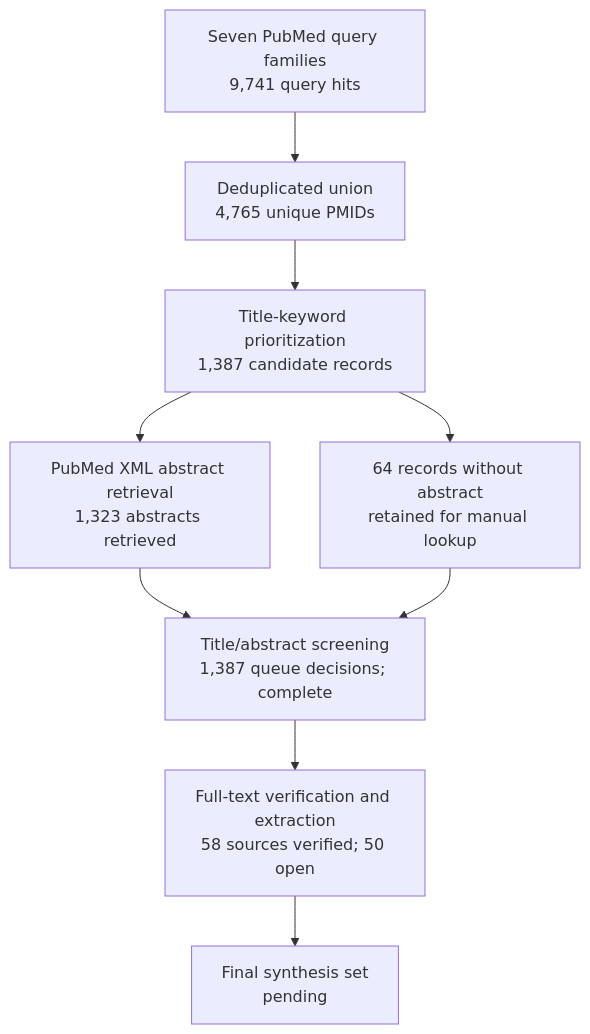
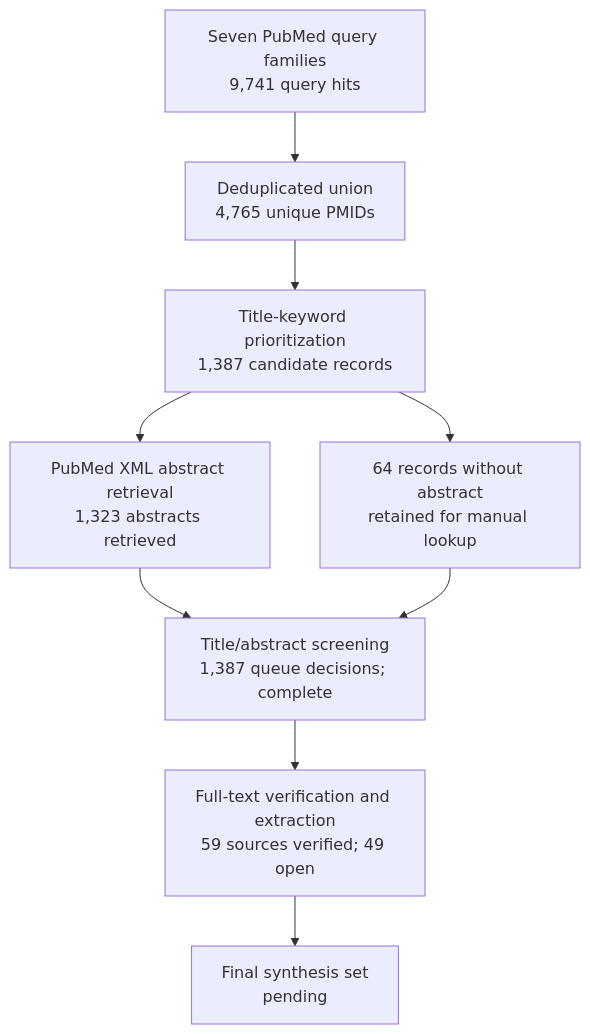
One commit to dcmcshan/artemisia changed the diagram in manuscript/review-flow.md. Above: the diagram before and after it, drawn with Mermaid. The commit also changed other lines of this file and 15 other files, not shown here.

````diff
--- a/manuscript/review-flow.md
+++ b/manuscript/review-flow.md
@@ -5,11 +5,11 @@
 ```mermaid
 flowchart TB
   Q[Seven PubMed query families<br/>9,741 query hits] --> U[Deduplicated union<br/>4,765 unique PMIDs]
   U --> T[Title-keyword prioritization<br/>1,387 candidate records]
   T --> A[PubMed XML abstract retrieval<br/>1,323 abstracts retrieved]
   T --> N[64 records without abstract<br/>retained for manual lookup]
   A --> M[Title/abstract screening<br/>1,387 queue decisions; complete]
   N --> M
-  M --> F[Full-text verification and extraction<br/>58 sources verified; 50 open]
+  M --> F[Full-text verification and extraction<br/>59 sources verified; 49 open]
   F --> S[Final synthesis set<br/>pending]
 ```
````
